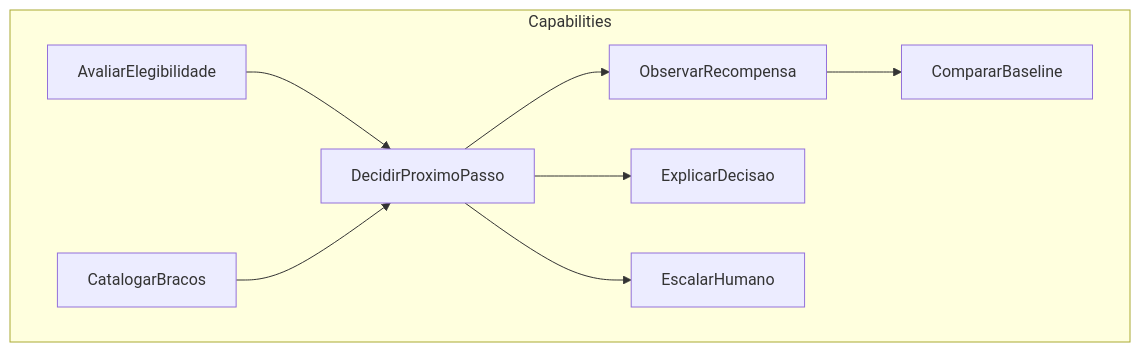
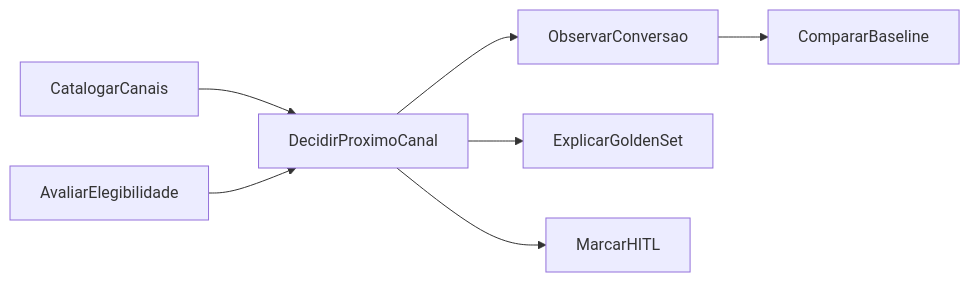
Before and after one commit to edu1006/datathon-7mlet: the fourth of 8 diagrams in README.md, drawn with Mermaid. The commit also changed other lines of this file and 22 other files, not shown here.

````diff
--- a/README.md
+++ b/README.md
@@ -99,18 +174,16 @@
 ```mermaid
-flowchart TB
-  subgraph caps [Capabilities]
-    cat[CatalogarBracos]
-    elig[AvaliarElegibilidade]
-    dec[DecidirProximoPasso]
-    obs[ObservarRecompensa]
-    cmp[CompararBaseline]
-    exp[ExplicarDecisao]
-    hitlCap[EscalarHumano]
-  end
+flowchart LR
+  cat[CatalogarCanais]
+  elig[AvaliarElegibilidade]
+  dec[DecidirProximoCanal]
+  obs[ObservarConversao]
+  cmp[CompararBaseline]
+  exp[ExplicarGoldenSet]
+  hitl[MarcarHITL]
+  cat --> dec
   elig --> dec
-  cat --> dec
   dec --> obs
   obs --> cmp
   dec --> exp
-  dec --> hitlCap
+  dec --> hitl
 ```
````
